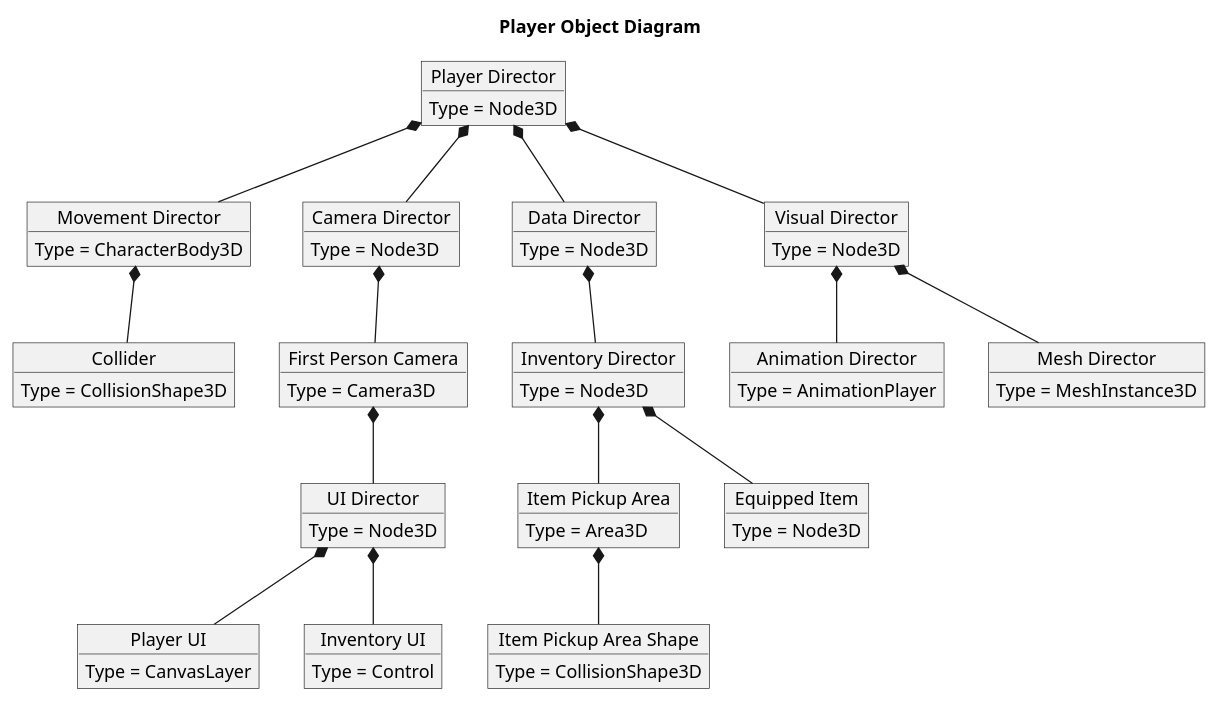
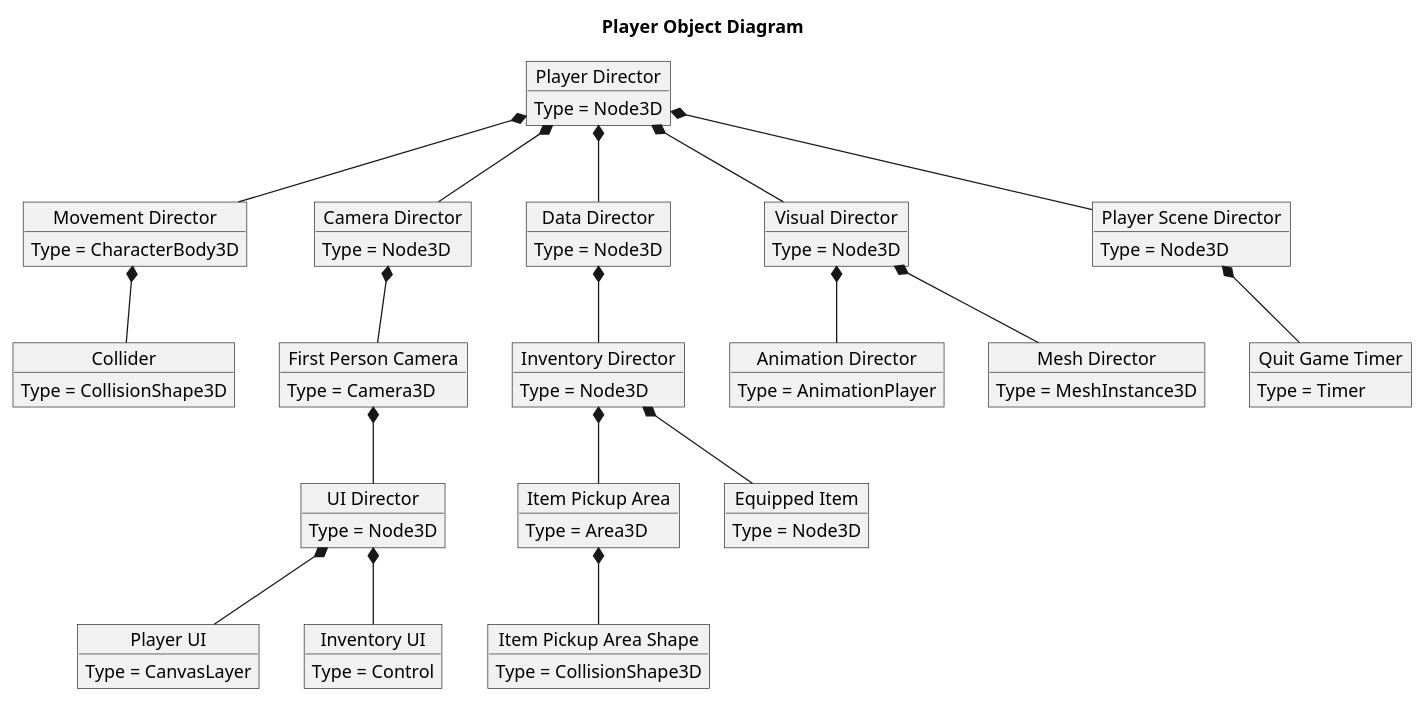
The diagram in UML Diagrams/src/Player Object.puml (kjtkanaly/LearningGodot), drawn with PlantUML before and after one commit. The commit also changed 12 other files, not shown here.

Commit message:
Player Object rework progress

```diff
--- a/UML Diagrams/src/Player Object.puml
+++ b/UML Diagrams/src/Player Object.puml
@@ -1,56 +1,62 @@
 @startuml Player Object
 
 title Player Object Diagram
 
 object "Player Director" as Player
 
 object "Movement Director" as Movement
 object "Camera Director" as Camera
 object "Data Director" as Data
 object "Visual Director" as Visual
 object "Collider" as Collider
 object "First Person Camera" as FPS
 object "UI Director" as UI_Director
 object "Player UI" as PlayerUI
 object "Inventory UI" as InventoryUI
 object "Animation Director" as Animation
 object "Mesh Director" as Mesh
 object "Inventory Director" as InventoryDir
 object "Item Pickup Area" as PickupArea
 object "Item Pickup Area Shape" as PickupShape
 object "Equipped Item" as EquippedItem
+object "Player Scene Director" as SceneDir
+object "Quit Game Timer" as QuitTimer
 
 Player : Type = Node3D
 Movement : Type = CharacterBody3D
 Camera : Type = Node3D
 Data : Type = Node3D
 Visual : Type = Node3D
 Collider : Type = CollisionShape3D
 FPS : Type = Camera3D
 UI_Director : Type = Node3D
 PlayerUI : Type = CanvasLayer
 InventoryUI : Type = Control
 Animation : Type = AnimationPlayer
 Mesh : Type = MeshInstance3D
 InventoryDir : Type = Node3D
 PickupArea : Type = Area3D
 PickupShape : Type = CollisionShape3D
 EquippedItem : Type = Node3D
+SceneDir : Type = Node3D
+QuitTimer : Type = Timer
 
 Player *-- Movement
 Player *-- Camera
 Player *-- Data
 Player *-- Visual
 Movement *-- Collider
 Camera *-- FPS
 FPS *-- UI_Director
 UI_Director *-- PlayerUI
 UI_Director *-- InventoryUI
 Visual *-- Animation
 Visual *-- Mesh
 Data *-- InventoryDir
 InventoryDir *-- PickupArea
 PickupArea *-- PickupShape
 InventoryDir *-- EquippedItem
+Player *-- SceneDir
+SceneDir *-- QuitTimer
 
 @enduml
```
